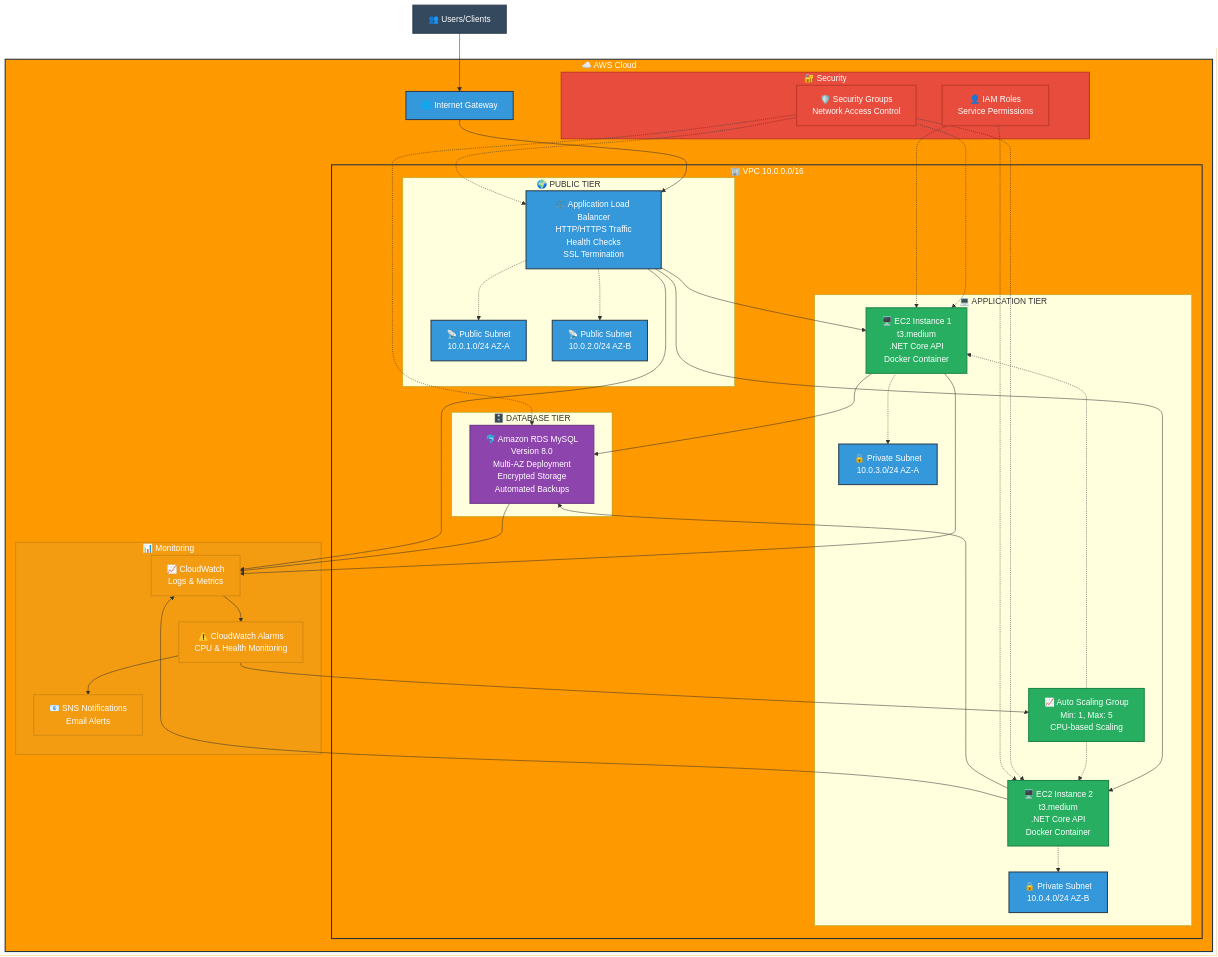
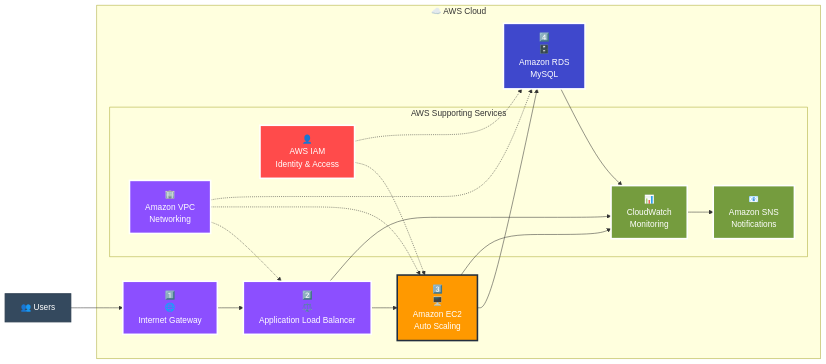
The diagram in ScalableTaskManager/TaskManagerAPI/README.md (osamayesh/TaskManager-WebApp-AWS-AutoScaling-ALB), drawn with Mermaid before and after one commit. The commit also changed other lines of this file and 1 other file, not shown here.

Commit message:
feat: Update AWS architecture diagram with specific service icons
- Redesigned diagram to match AWS architectural style like in the reference image
- Added numbered flow (1-4) for main data path services
- Used specific AWS service names and icons
- Focused only on actual deployed AWS services from Terraform
- Added AWS service color coding (Compute=Orange, Database=Blue, etc.)
- Simplified layout for better clarity and GitHub rendering
- Updated documentation to match new service-focused approach

````diff
--- a/ScalableTaskManager/TaskManagerAPI/README.md
+++ b/ScalableTaskManager/TaskManagerAPI/README.md
@@ -15,103 +15,58 @@
 ```mermaid
-graph TB
-    %% External Access
-    Users["👥 Users/Clients"]
+graph LR
+    %% External Users
+    Users["👥 Users"]
     
-    %% AWS Cloud Infrastructure
+    %% AWS Cloud Services
     subgraph AWS["☁️ AWS Cloud"]
         
-        %% Internet Gateway
-        IGW["🌐 Internet Gateway"]
+        %% Numbered flow like in the image
+        IGW["1️⃣<br/>🌐<br/>Internet Gateway"]
+        ALB["2️⃣<br/>⚖️<br/>Application Load Balancer"]
+        EC2["3️⃣<br/>🖥️<br/>Amazon EC2<br/>Auto Scaling"]
+        RDS["4️⃣<br/>🗄️<br/>Amazon RDS<br/>MySQL"]
         
-        %% VPC Container
-        subgraph VPC["🏢 VPC 10.0.0.0/16"]
-            
-            %% Public Tier
-            subgraph PublicTier["🌍 PUBLIC TIER"]
-                ALB["⚖️ Application Load Balancer<br/>HTTP/HTTPS Traffic<br/>Health Checks<br/>SSL Termination"]
-                PubSub1["📡 Public Subnet<br/>10.0.1.0/24 AZ-A"]
-                PubSub2["📡 Public Subnet<br/>10.0.2.0/24 AZ-B"]
-            end
-            
-            %% Application Tier
-            subgraph AppTier["💻 APPLICATION TIER"]
-                EC2_1["🖥️ EC2 Instance 1<br/>t3.medium<br/>.NET Core API<br/>Docker Container"]
-                EC2_2["🖥️ EC2 Instance 2<br/>t3.medium<br/>.NET Core API<br/>Docker Container"]
-                ASG["📈 Auto Scaling Group<br/>Min: 1, Max: 5<br/>CPU-based Scaling"]
-                PrivSub1["🔒 Private Subnet<br/>10.0.3.0/24 AZ-A"]
-                PrivSub2["🔒 Private Subnet<br/>10.0.4.0/24 AZ-B"]
-            end
-            
-            %% Database Tier
-            subgraph DataTier["🗄️ DATABASE TIER"]
-                RDS["🐬 Amazon RDS MySQL<br/>Version 8.0<br/>Multi-AZ Deployment<br/>Encrypted Storage<br/>Automated Backups"]
-            end
-            
-        end
-        
-        %% Security & Monitoring
-        subgraph Security["🔐 Security"]
-            SG["🛡️ Security Groups<br/>Network Access Control"]
-            IAM["👤 IAM Roles<br/>Service Permissions"]
-        end
-        
-        subgraph Monitoring["📊 Monitoring"]
-            CW["📈 CloudWatch<br/>Logs & Metrics"]
-            SNS["📧 SNS Notifications<br/>Email Alerts"]
-            Alarms["⚠️ CloudWatch Alarms<br/>CPU & Health Monitoring"]
+        %% Supporting Services
+        subgraph Support["AWS Supporting Services"]
+            CW["📊<br/>CloudWatch<br/>Monitoring"]
+            SNS["📧<br/>Amazon SNS<br/>Notifications"]
+            IAM["👤<br/>AWS IAM<br/>Identity & Access"]
+            VPC["🏢<br/>Amazon VPC<br/>Networking"]
         end
         
     end
     
-    %% Connections
+    %% Traffic Flow
     Users --> IGW
     IGW --> ALB
-    ALB --> EC2_1
-    ALB --> EC2_2
-    EC2_1 --> RDS
-    EC2_2 --> RDS
+    ALB --> EC2
+    EC2 --> RDS
     
-    %% Auto Scaling
-    ASG -.-> EC2_1
-    ASG -.-> EC2_2
-    
-    %% Security
-    SG -.-> ALB
-    SG -.-> EC2_1
-    SG -.-> EC2_2
-    SG -.-> RDS
-    IAM -.-> EC2_1
-    IAM -.-> EC2_2
-    
-    %% Monitoring
-    EC2_1 --> CW
-    EC2_2 --> CW
+    %% Monitoring & Management
+    EC2 --> CW
     RDS --> CW
     ALB --> CW
-    CW --> Alarms
-    Alarms --> SNS
-    Alarms --> ASG
+    CW --> SNS
     
-    %% Network Placement
-    ALB -.-> PubSub1
-    ALB -.-> PubSub2
-    EC2_1 -.-> PrivSub1
-    EC2_2 -.-> PrivSub2
+    %% Security & Access
+    IAM -.-> EC2
+    IAM -.-> RDS
+    VPC -.-> ALB
+    VPC -.-> EC2
+    VPC -.-> RDS
     
-    %% Styling
-    classDef awsService fill:#FF9900,stroke:#232F3E,stroke-width:2px,color:#FFFFFF
-    classDef networkService fill:#3498DB,stroke:#2C3E50,stroke-width:2px,color:#FFFFFF
-    classDef computeService fill:#27AE60,stroke:#1E8449,stroke-width:2px,color:#FFFFFF
-    classDef storageService fill:#8E44AD,stroke:#6C3483,stroke-width:2px,color:#FFFFFF
-    classDef securityService fill:#E74C3C,stroke:#C0392B,stroke-width:2px,color:#FFFFFF
-    classDef monitoringService fill:#F39C12,stroke:#D68910,stroke-width:2px,color:#FFFFFF
-    classDef userService fill:#34495E,stroke:#2C3E50,stroke-width:2px,color:#FFFFFF
+    %% Styling for AWS Services
+    classDef awsCompute fill:#FF9900,stroke:#232F3E,stroke-width:3px,color:#FFFFFF
+    classDef awsDatabase fill:#3F48CC,stroke:#FFFFFF,stroke-width:3px,color:#FFFFFF
+    classDef awsNetwork fill:#8C4FFF,stroke:#FFFFFF,stroke-width:3px,color:#FFFFFF
+    classDef awsMonitoring fill:#759C3E,stroke:#FFFFFF,stroke-width:3px,color:#FFFFFF
+    classDef awsManagement fill:#FF4B4B,stroke:#FFFFFF,stroke-width:3px,color:#FFFFFF
+    classDef userAccess fill:#34495E,stroke:#2C3E50,stroke-width:2px,color:#FFFFFF
     
-    class AWS,VPC awsService
-    class IGW,ALB,PubSub1,PubSub2,PrivSub1,PrivSub2 networkService
-    class ASG,EC2_1,EC2_2 computeService
-    class RDS storageService
-    class Security,SG,IAM securityService
-    class Monitoring,CW,SNS,Alarms monitoringService
-    class Users userService
+    class EC2 awsCompute
+    class RDS awsDatabase
+    class IGW,ALB,VPC awsNetwork
+    class CW,SNS awsMonitoring
+    class IAM awsManagement
+    class Users userAccess
 ```
````
